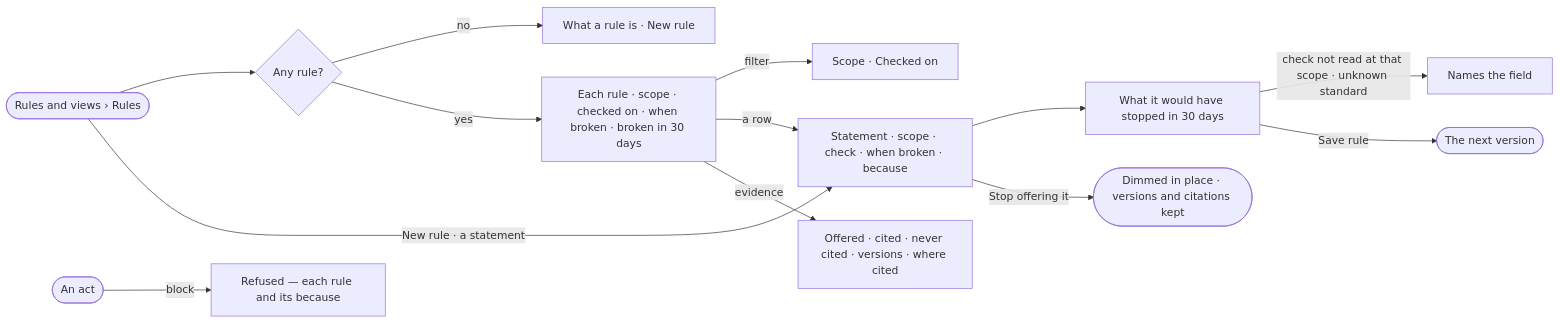
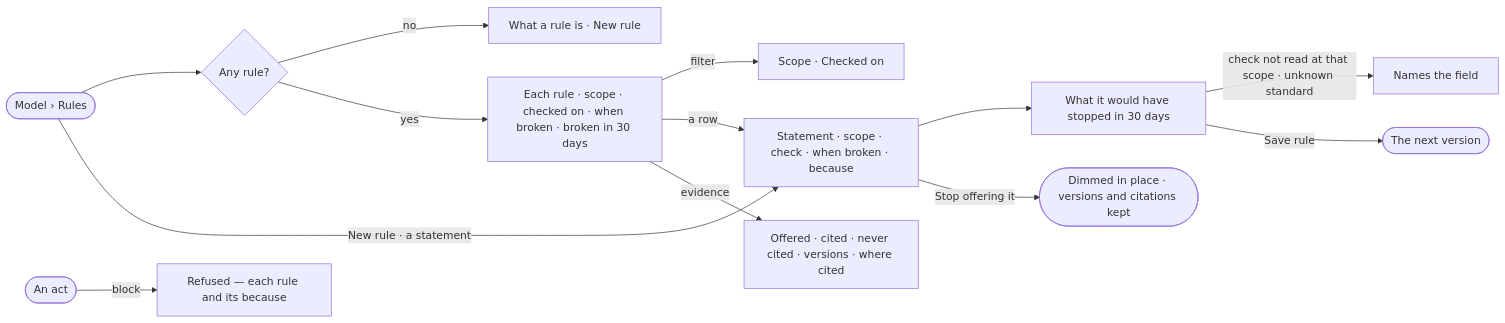
Before and after one commit to invana/invana: the diagram in specs/capabilities/semantics/features/SE-F07-rules/stories/SE-12-state-what-must-always-hold/story.md, drawn with Mermaid. The commit also changed 54 other files, not shown here.

First line of the commit message:
docs(specs): many graph databases by access, links within one database, Model views restored

````diff
--- a/specs/capabilities/semantics/features/SE-F07-rules/stories/SE-12-state-what-must-always-hold/story.md
+++ b/specs/capabilities/semantics/features/SE-F07-rules/stories/SE-12-state-what-must-always-hold/story.md
@@ -29,15 +29,15 @@
 ```mermaid
 flowchart LR
-  a([Rules and views › Rules]) --> l{Any rule?}
+  a([Model › Rules]) --> l{Any rule?}
   l -->|no| e["What a rule is · New rule"]
   l -->|yes| r["Each rule · scope · checked on · when broken · broken in 30 days"]
   r -->|filter| fl["Scope · Checked on"]
   a -->|New rule · a statement| d["Statement · scope · check · when broken · because"]
   r -->|a row| d
   d --> i["What it would have stopped in 30 days"]
   i -->|check not read at that scope · unknown standard| bad["Names the field"]
   i -->|Save rule| ok(["The next version"])
   d -->|Stop offering it| st(["Dimmed in place · versions and citations kept"])
   r -->|evidence| ev["Offered · cited · never cited · versions · where cited"]
   act([An act]) -->|block| ref["Refused — each rule and its because"]
 ```
````
